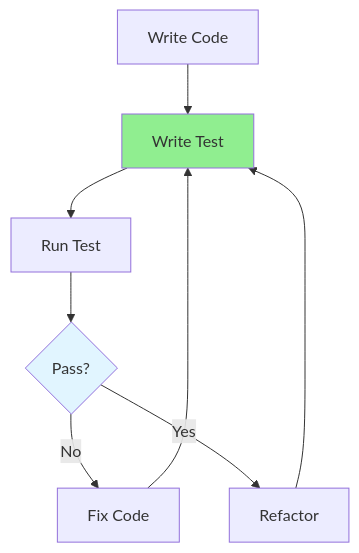
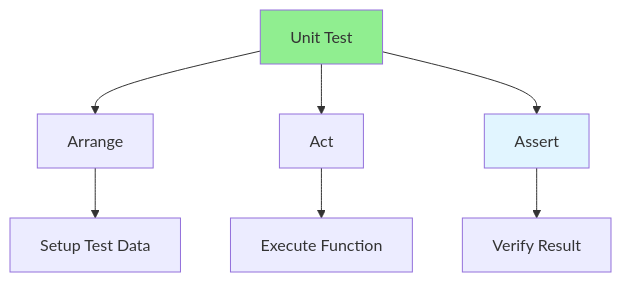
Before and after one commit to iouthnamain/tech-note: the diagram in Full-Stack-Guides/Group-07-Unit-Test-Debug/07.01_Unit_Test_Basics.md, drawn with Mermaid. The commit also changed other lines of this file and 480 other files, not shown here.

````diff
--- a/Full-Stack-Guides/Group-07-Unit-Test-Debug/07.01_Unit_Test_Basics.md
+++ b/Full-Stack-Guides/Group-07-Unit-Test-Debug/07.01_Unit_Test_Basics.md
@@ -24,13 +22,13 @@
 ```mermaid
-flowchart TD
-    Code[Write Code] --> Test[Write Test]
-    Test --> Run[Run Test]
-    Run --> Pass{Pass?}
-    Pass -->|No| Fix[Fix Code]
-    Pass -->|Yes| Refactor[Refactor]
-    Fix --> Test
-    Refactor --> Test
+graph TD
+    Test[Unit Test] --> Arrange[Arrange]
+    Test --> Act[Act]
+    Test --> Assert[Assert]
+    
+    Arrange --> Setup[Setup Test Data]
+    Act --> Execute[Execute Function]
+    Assert --> Verify[Verify Result]
     
     style Test fill:#90EE90
-    style Pass fill:#e1f5ff
+    style Assert fill:#e1f5ff
 ```
````
